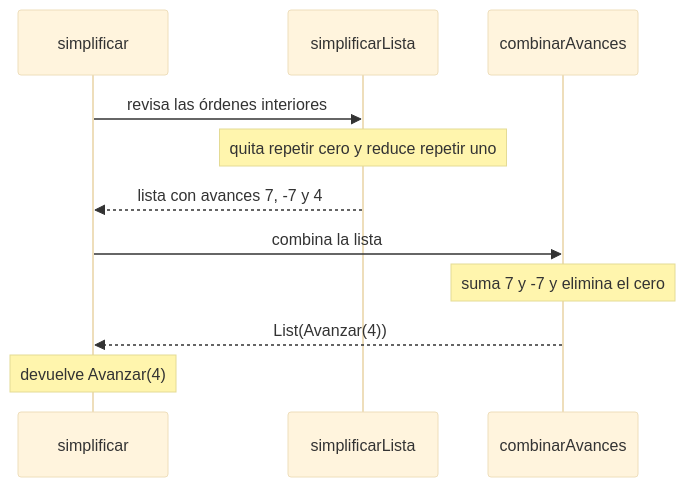
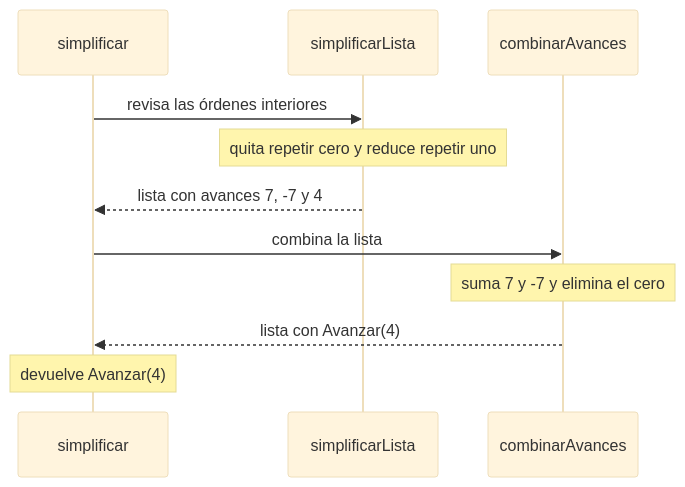
The third of 3 diagrams in docs/proceso.md (juanjosequevedo/pfc-taller-2-robot-en-cuadricula), drawn with Mermaid (base theme) before and after one commit. The commit also changed 1 other file, not shown here.

Commit message:
correcion Documentación

````diff
--- a/docs/proceso.md
+++ b/docs/proceso.md
@@ -491,13 +491,13 @@
 ```mermaid
 sequenceDiagram
     participant S as simplificar
     participant L as simplificarLista
     participant C as combinarAvances
     S->>L: revisa las órdenes interiores
     Note over L: quita repetir cero y reduce repetir uno
     L-->>S: lista con avances 7, -7 y 4
     S->>C: combina la lista
     Note over C: suma 7 y -7 y elimina el cero
-    C-->>S: List(Avanzar(4))
+    C-->>S: lista con Avanzar(4)
     Note over S: devuelve Avanzar(4)
 ```
````
